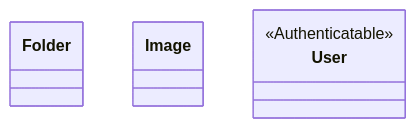
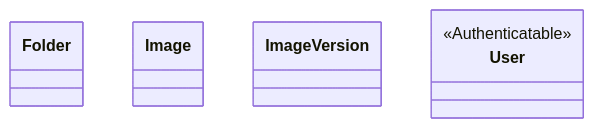
Before and after one commit to haniframadhani/stash: the diagram in docs/spec/domain.md, drawn with Mermaid. The commit also changed other lines of this file and 21 other files, not shown here.

````diff
--- a/docs/spec/domain.md
+++ b/docs/spec/domain.md
@@ -14,8 +14,9 @@
 ```mermaid
 classDiagram
   class Folder
   class Image
+  class ImageVersion
   class User {
     <<Authenticatable>>
   }
 ```
````
